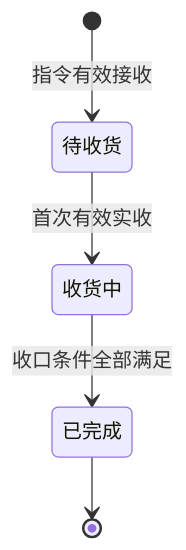
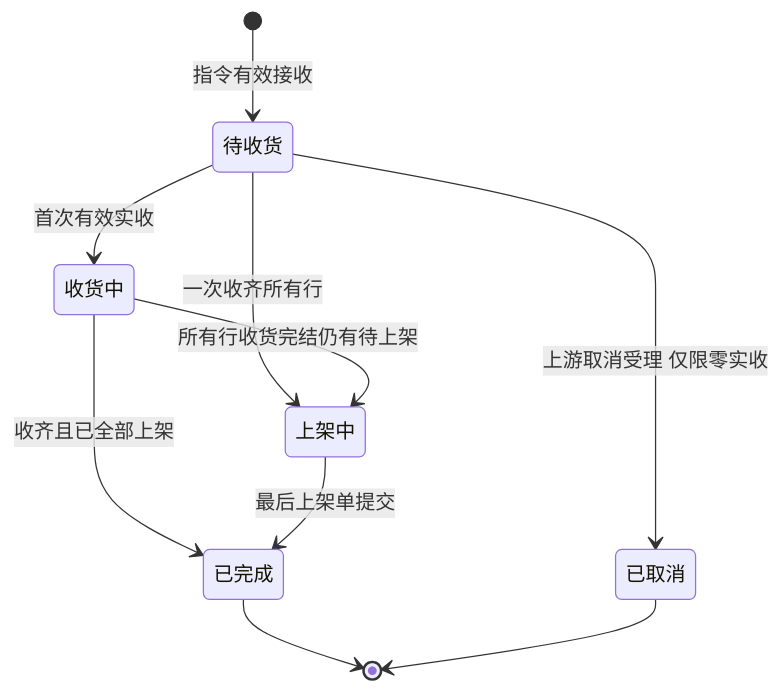
The first of 5 diagrams in 05-应用设计方案/20261002-MVP版本/系统架构设计/03-单据与状态流转.md (TopVitamin/QS-WMS-Project), drawn with Mermaid before and after one commit. The commit also changed other lines of this file and 151 other files, not shown here.

````diff
--- a/05-应用设计方案/20261002-MVP版本/系统架构设计/03-单据与状态流转.md
+++ b/05-应用设计方案/20261002-MVP版本/系统架构设计/03-单据与状态流转.md
@@ -41,7 +44,12 @@
 ```mermaid
 stateDiagram-v2
     [*] --> 待收货: 指令有效接收
     待收货 --> 收货中: 首次有效实收
-    收货中 --> 已完成: 收口条件全部满足
+    待收货 --> 上架中: 一次收齐所有行
+    收货中 --> 上架中: 所有行收货完结仍有待上架
+    收货中 --> 已完成: 收齐且已全部上架
+    上架中 --> 已完成: 最后上架单提交
+    待收货 --> 已取消: 上游取消受理 仅限零实收
     已完成 --> [*]
+    已取消 --> [*]
 ```
````
